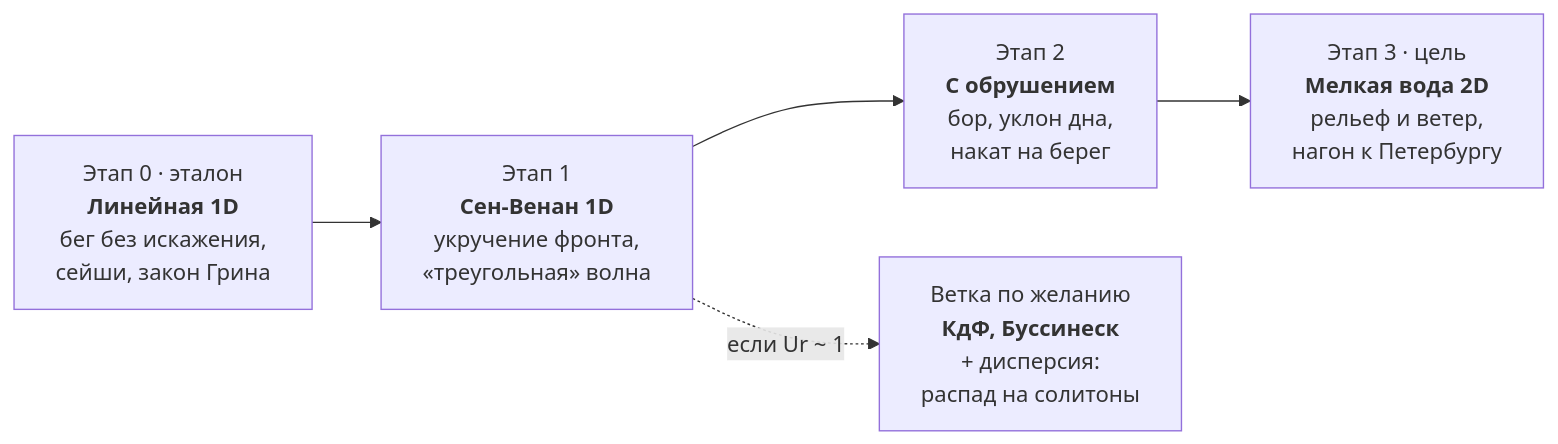
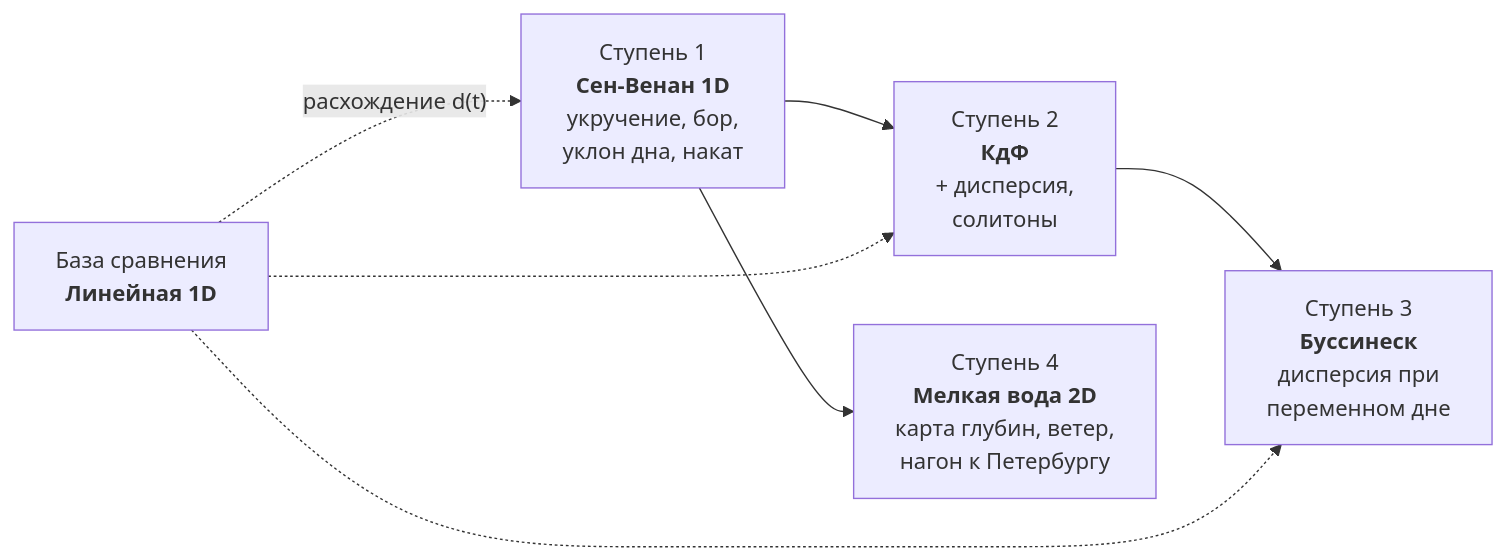
The diagram in docs/theory.md (Raubmorder320/mathphis-waves), drawn with Mermaid before and after one commit. The commit also changed other lines of this file and 1 other file, not shown here.

````diff
--- a/docs/theory.md
+++ b/docs/theory.md
@@ -258,7 +311,9 @@
 ```mermaid
 flowchart LR
-    A["Этап 0 · эталон<br/><b>Линейная 1D</b><br/>бег без искажения,<br/>сейши, закон Грина"] --> B["Этап 1<br/><b>Сен-Венан 1D</b><br/>укручение фронта,<br/>«треугольная» волна"]
-    B --> C["Этап 2<br/><b>С обрушением</b><br/>бор, уклон дна,<br/>накат на берег"]
-    C --> D["Этап 3 · цель<br/><b>Мелкая вода 2D</b><br/>рельеф и ветер,<br/>нагон к Петербургу"]
-    B -. "если Ur ~ 1" .-> E["Ветка по желанию<br/><b>КдФ, Буссинеск</b><br/>+ дисперсия:<br/>распад на солитоны"]
+    B["Ступень 1<br/><b>Сен-Венан 1D</b><br/>укручение, бор,<br/>уклон дна, накат"] --> C["Ступень 2<br/><b>КдФ</b><br/>+ дисперсия,<br/>солитоны"]
+    C --> D["Ступень 3<br/><b>Буссинеск</b><br/>дисперсия при<br/>переменном дне"]
+    B --> E["Ступень 4<br/><b>Мелкая вода 2D</b><br/>карта глубин, ветер,<br/>нагон к Петербургу"]
+    L["База сравнения<br/><b>Линейная 1D</b>"] -. "расхождение d(t)" .-> B
+    L -.-> C
+    L -.-> D
 ```
````
